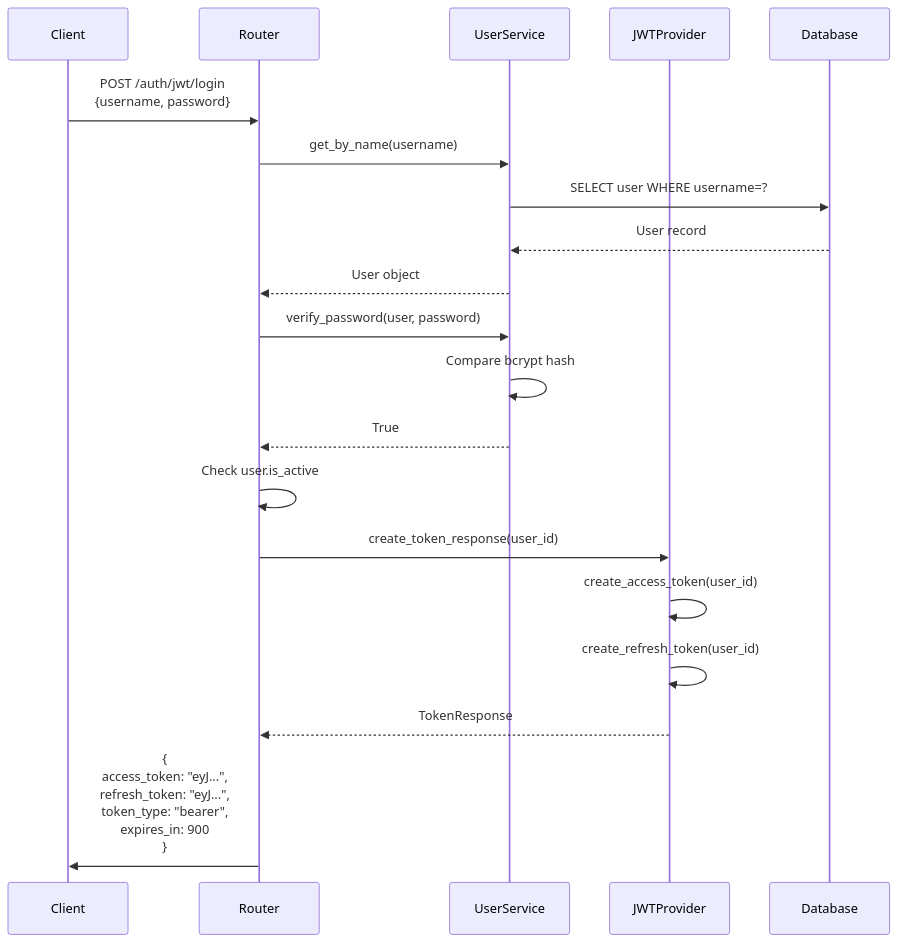
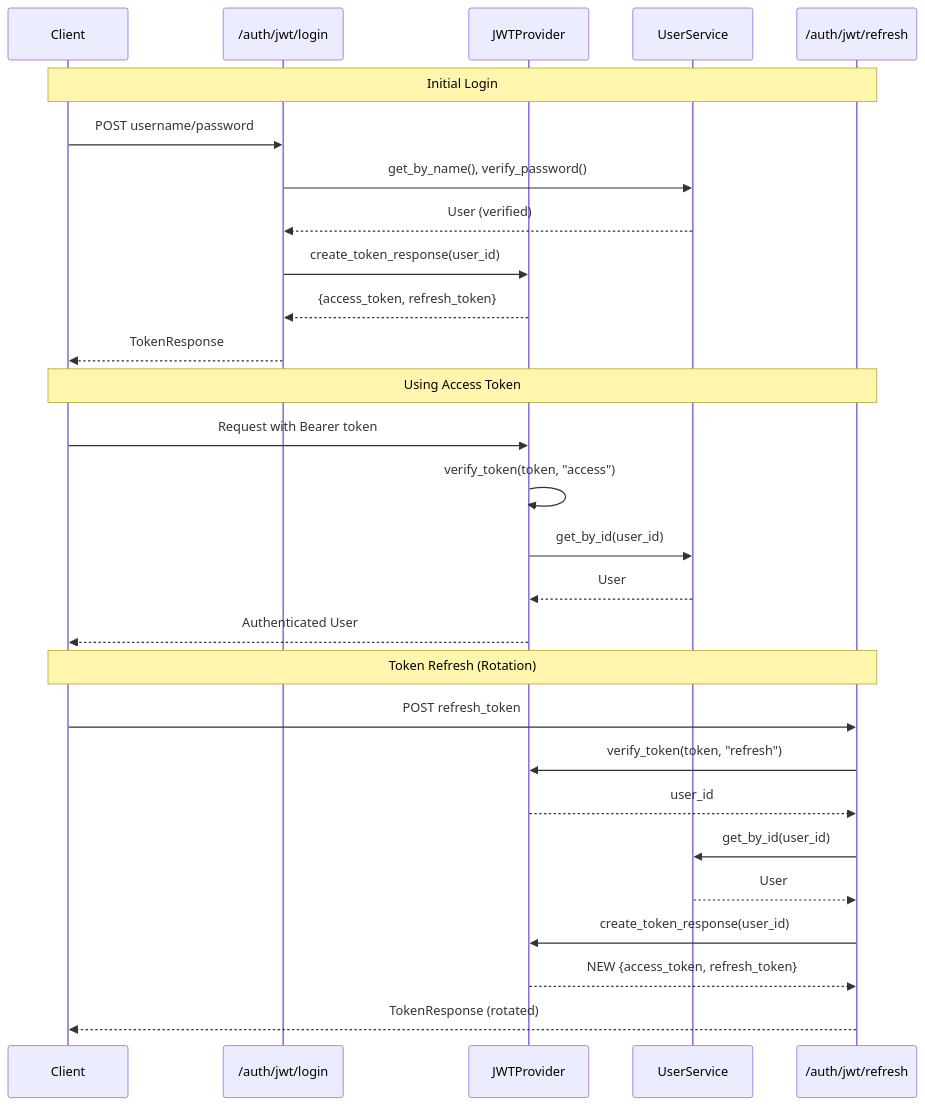
Before and after one commit to brokdar/fastapi-template: the fourth of 6 diagrams in backend/app/core/auth/README.md, drawn with Mermaid. The commit also changed other lines of this file and 9 other files, not shown here.

````diff
--- a/backend/app/core/auth/README.md
+++ b/backend/app/core/auth/README.md
@@ -211,26 +282,33 @@
 ```mermaid
 sequenceDiagram
     participant Client
-    participant Router
+    participant LoginEndpoint as /auth/jwt/login
+    participant JWTProvider
     participant UserService
-    participant JWTProvider
-    participant Database
+    participant RefreshEndpoint as /auth/jwt/refresh
 
-    Client->>Router: POST /auth/jwt/login<br/>{username, password}
-    Router->>UserService: get_by_name(username)
-    UserService->>Database: SELECT user WHERE username=?
-    Database-->>UserService: User record
-    UserService-->>Router: User object
+    Note over Client,RefreshEndpoint: Initial Login
+    Client->>LoginEndpoint: POST username/password
+    LoginEndpoint->>UserService: get_by_name(), verify_password()
+    UserService-->>LoginEndpoint: User (verified)
+    LoginEndpoint->>JWTProvider: create_token_response(user_id)
+    JWTProvider-->>LoginEndpoint: {access_token, refresh_token}
+    LoginEndpoint-->>Client: TokenResponse
 
-    Router->>UserService: verify_password(user, password)
-    UserService->>UserService: Compare bcrypt hash
-    UserService-->>Router: True
+    Note over Client,RefreshEndpoint: Using Access Token
+    Client->>JWTProvider: Request with Bearer token
+    JWTProvider->>JWTProvider: verify_token(token, "access")
+    JWTProvider->>UserService: get_by_id(user_id)
+    UserService-->>JWTProvider: User
+    JWTProvider-->>Client: Authenticated User
 
-    Router->>Router: Check user.is_active
-    Router->>JWTProvider: create_token_response(user_id)
-    JWTProvider->>JWTProvider: create_access_token(user_id)
-    JWTProvider->>JWTProvider: create_refresh_token(user_id)
-    JWTProvider-->>Router: TokenResponse
-
-    Router->>Client: {<br/>  access_token: "eyJ...",<br/>  refresh_token: "eyJ...",<br/>  token_type: "bearer",<br/>  expires_in: 900<br/>}
+    Note over Client,RefreshEndpoint: Token Refresh (Rotation)
+    Client->>RefreshEndpoint: POST refresh_token
+    RefreshEndpoint->>JWTProvider: verify_token(token, "refresh")
+    JWTProvider-->>RefreshEndpoint: user_id
+    RefreshEndpoint->>UserService: get_by_id(user_id)
+    UserService-->>RefreshEndpoint: User
+    RefreshEndpoint->>JWTProvider: create_token_response(user_id)
+    JWTProvider-->>RefreshEndpoint: NEW {access_token, refresh_token}
+    RefreshEndpoint-->>Client: TokenResponse (rotated)
 ```
````
